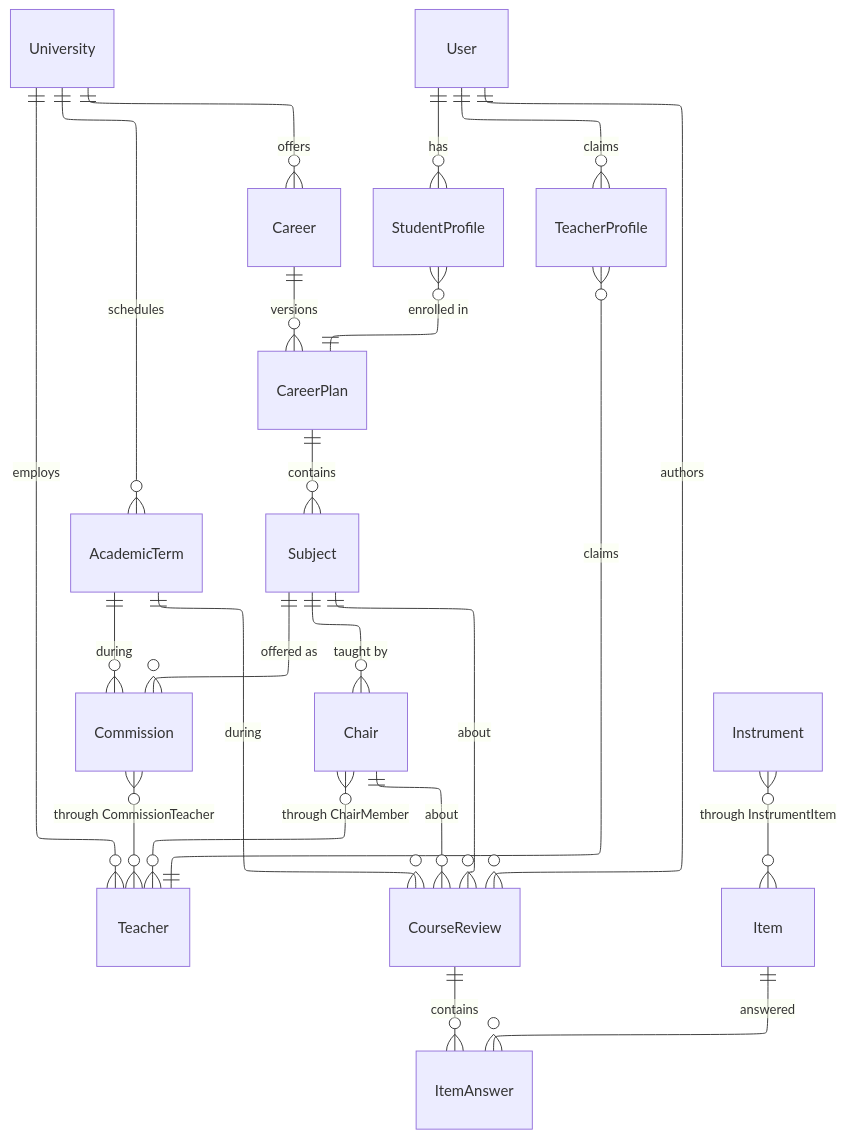
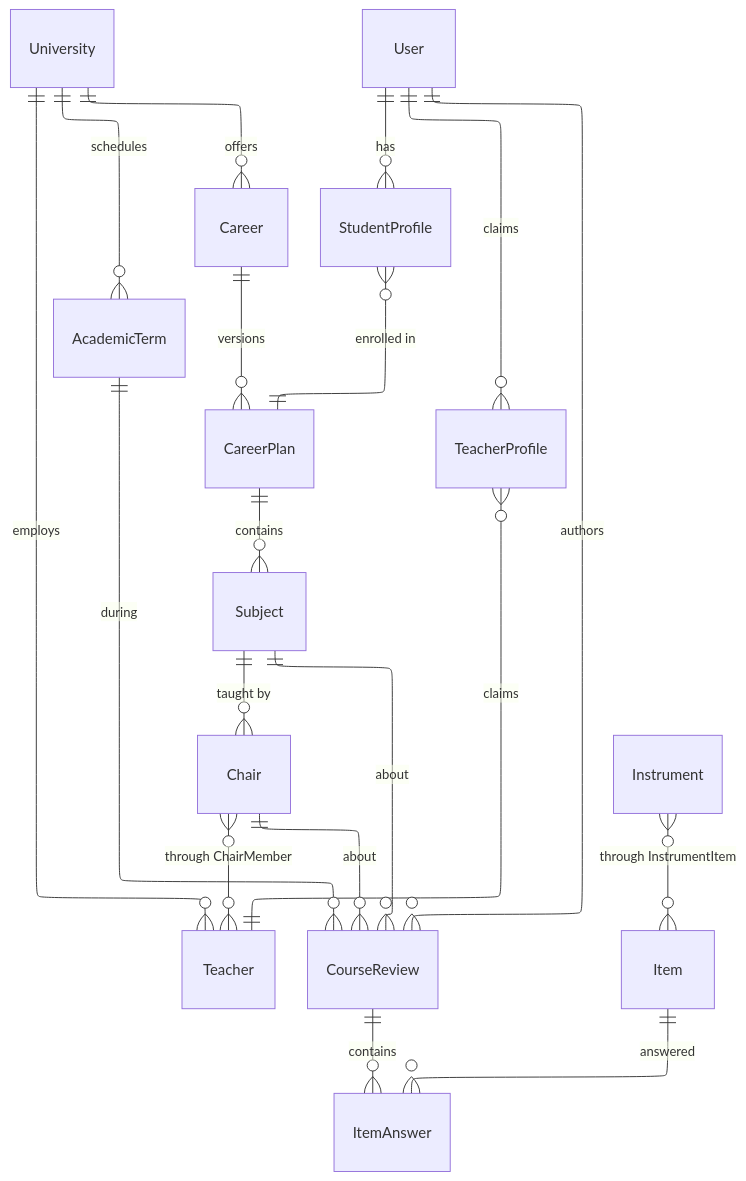
The first of 3 diagrams in docs/engineering/data-model.md (lucasidev/plan-b), drawn with Mermaid before and after one commit. The commit also changed other lines of this file and 100 other files, not shown here.

````diff
--- a/docs/engineering/data-model.md
+++ b/docs/engineering/data-model.md
@@ -23,31 +23,28 @@
 ```mermaid
 ---
 config:
     layout: elk
 ---
 erDiagram
     University ||--o{ Career : offers
     University ||--o{ Teacher : employs
     University ||--o{ AcademicTerm : schedules
     Career ||--o{ CareerPlan : versions
     CareerPlan ||--o{ Subject : contains
-    Subject ||--o{ Commission : "offered as"
-    AcademicTerm ||--o{ Commission : during
-    Commission }o--o{ Teacher : "through CommissionTeacher"
 
     User ||--o{ StudentProfile : has
     User ||--o{ TeacherProfile : claims
     StudentProfile }o--|| CareerPlan : "enrolled in"
     TeacherProfile }o--|| Teacher : "claims"
 
     Subject ||--o{ Chair : "taught by"
     Chair }o--o{ Teacher : "through ChairMember"
 
     User ||--o{ CourseReview : authors
     Subject ||--o{ CourseReview : about
     AcademicTerm ||--o{ CourseReview : during
     Chair ||--o{ CourseReview : about
     CourseReview ||--o{ ItemAnswer : contains
     Item ||--o{ ItemAnswer : answered
     Instrument }o--o{ Item : "through InstrumentItem"
 ```
````
